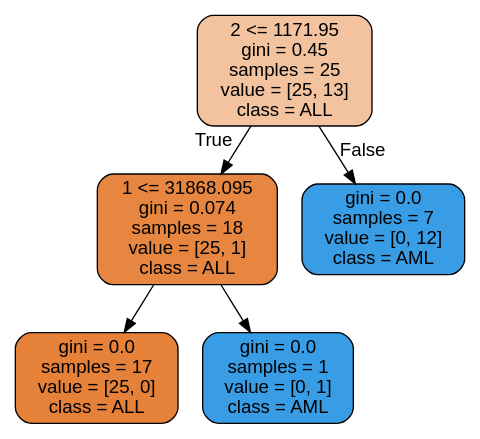
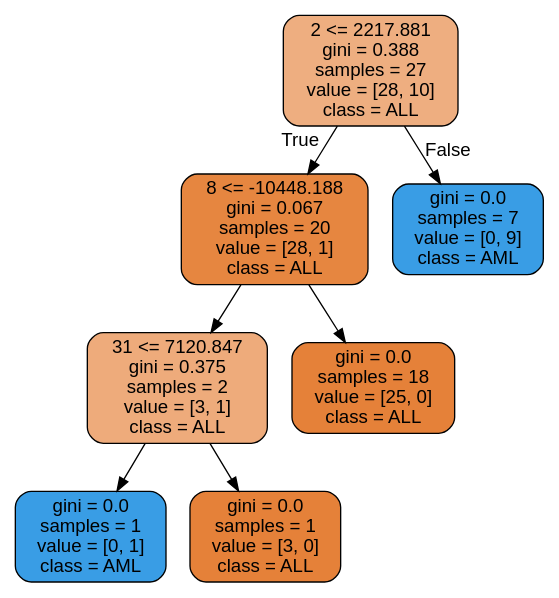
One commit to CornelisseMichael/Datamining changed the diagram in project/images/random_forrest.dot. Above: the diagram before and after it, drawn with Graphviz. The commit also changed 4 other files, not shown here.

```diff
--- a/project/images/random_forrest.dot
+++ b/project/images/random_forrest.dot
@@ -1,13 +1,17 @@
 digraph Tree {
 node [shape=box, style="filled, rounded", color="black", fontname=helvetica] ;
 edge [fontname=helvetica] ;
-0 [label="2 <= 1171.95\ngini = 0.45\nsamples = 25\nvalue = [25, 13]\nclass = ALL", fillcolor="#f3c3a0"] ;
-1 [label="1 <= 31868.095\ngini = 0.074\nsamples = 18\nvalue = [25, 1]\nclass = ALL", fillcolor="#e68641"] ;
+0 [label="2 <= 2217.881\ngini = 0.388\nsamples = 27\nvalue = [28, 10]\nclass = ALL", fillcolor="#eeae80"] ;
+1 [label="8 <= -10448.188\ngini = 0.067\nsamples = 20\nvalue = [28, 1]\nclass = ALL", fillcolor="#e68640"] ;
 0 -> 1 [labeldistance=2.5, labelangle=45, headlabel="True"] ;
-2 [label="gini = 0.0\nsamples = 17\nvalue = [25, 0]\nclass = ALL", fillcolor="#e58139"] ;
+2 [label="31 <= 7120.847\ngini = 0.375\nsamples = 2\nvalue = [3, 1]\nclass = ALL", fillcolor="#eeab7b"] ;
 1 -> 2 ;
 3 [label="gini = 0.0\nsamples = 1\nvalue = [0, 1]\nclass = AML", fillcolor="#399de5"] ;
-1 -> 3 ;
-4 [label="gini = 0.0\nsamples = 7\nvalue = [0, 12]\nclass = AML", fillcolor="#399de5"] ;
-0 -> 4 [labeldistance=2.5, labelangle=-45, headlabel="False"] ;
+2 -> 3 ;
+4 [label="gini = 0.0\nsamples = 1\nvalue = [3, 0]\nclass = ALL", fillcolor="#e58139"] ;
+2 -> 4 ;
+5 [label="gini = 0.0\nsamples = 18\nvalue = [25, 0]\nclass = ALL", fillcolor="#e58139"] ;
+1 -> 5 ;
+6 [label="gini = 0.0\nsamples = 7\nvalue = [0, 9]\nclass = AML", fillcolor="#399de5"] ;
+0 -> 6 [labeldistance=2.5, labelangle=-45, headlabel="False"] ;
 }
```
